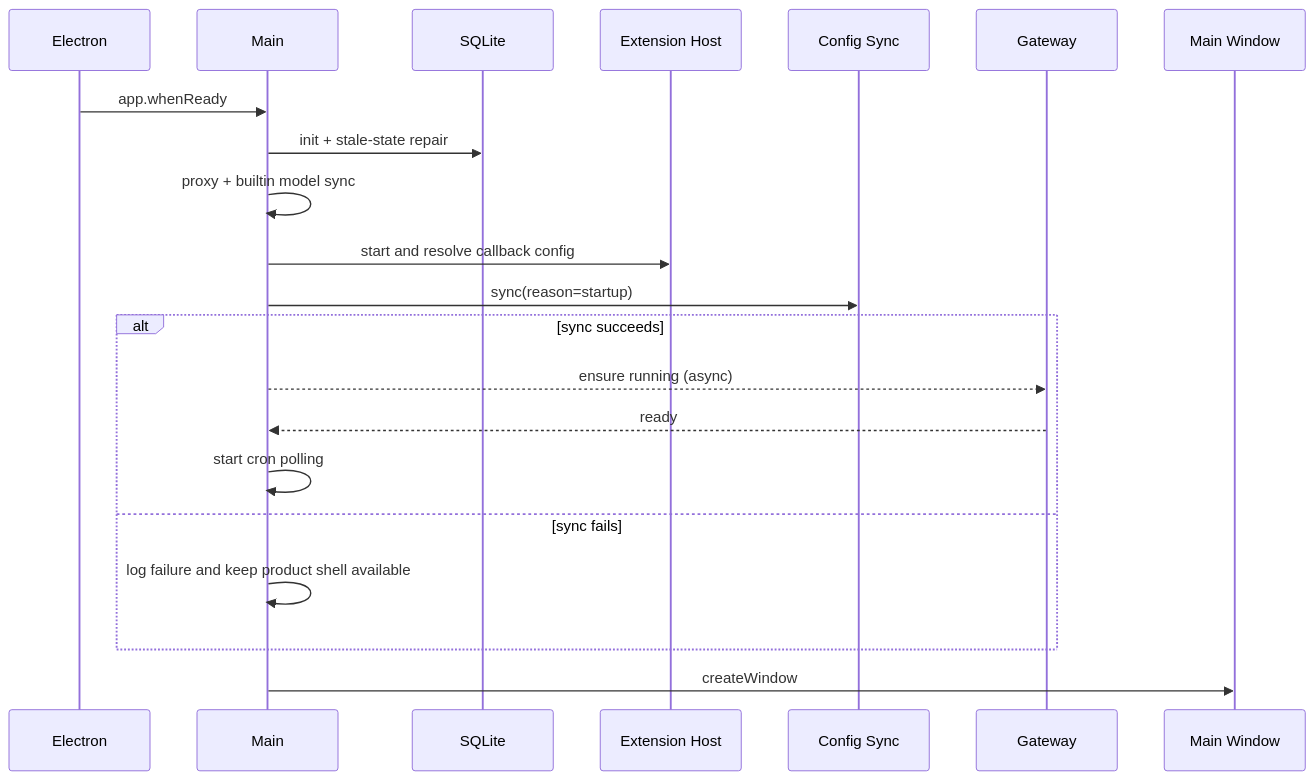
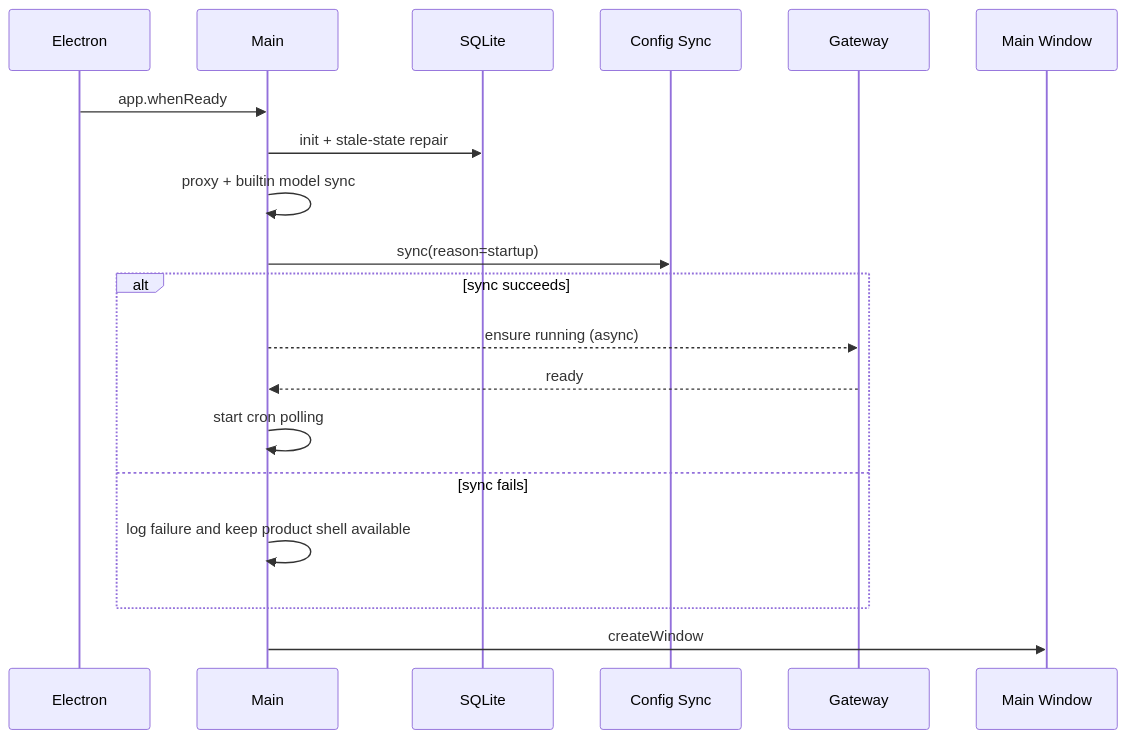
Before and after one commit to liangxhao/JustDo: the second of 3 diagrams in docs/features/current-state-v2026.8.10.md, drawn with Mermaid. The commit also changed other lines of this file and 61 other files, not shown here.

````diff
--- a/docs/features/current-state-v2026.8.10.md
+++ b/docs/features/current-state-v2026.8.10.md
@@ -160,24 +156,22 @@
 ```mermaid
 sequenceDiagram
   participant E as Electron
   participant M as Main
   participant D as SQLite
-  participant H as Extension Host
   participant C as Config Sync
   participant G as Gateway
   participant W as Main Window
 
   E->>M: app.whenReady
   M->>D: init + stale-state repair
   M->>M: proxy + builtin model sync
-  M->>H: start and resolve callback config
   M->>C: sync(reason=startup)
   alt sync succeeds
     M-->>G: ensure running (async)
     G-->>M: ready
     M->>M: start cron polling
   else sync fails
     M->>M: log failure and keep product shell available
   end
   M->>W: createWindow
 ```
````
